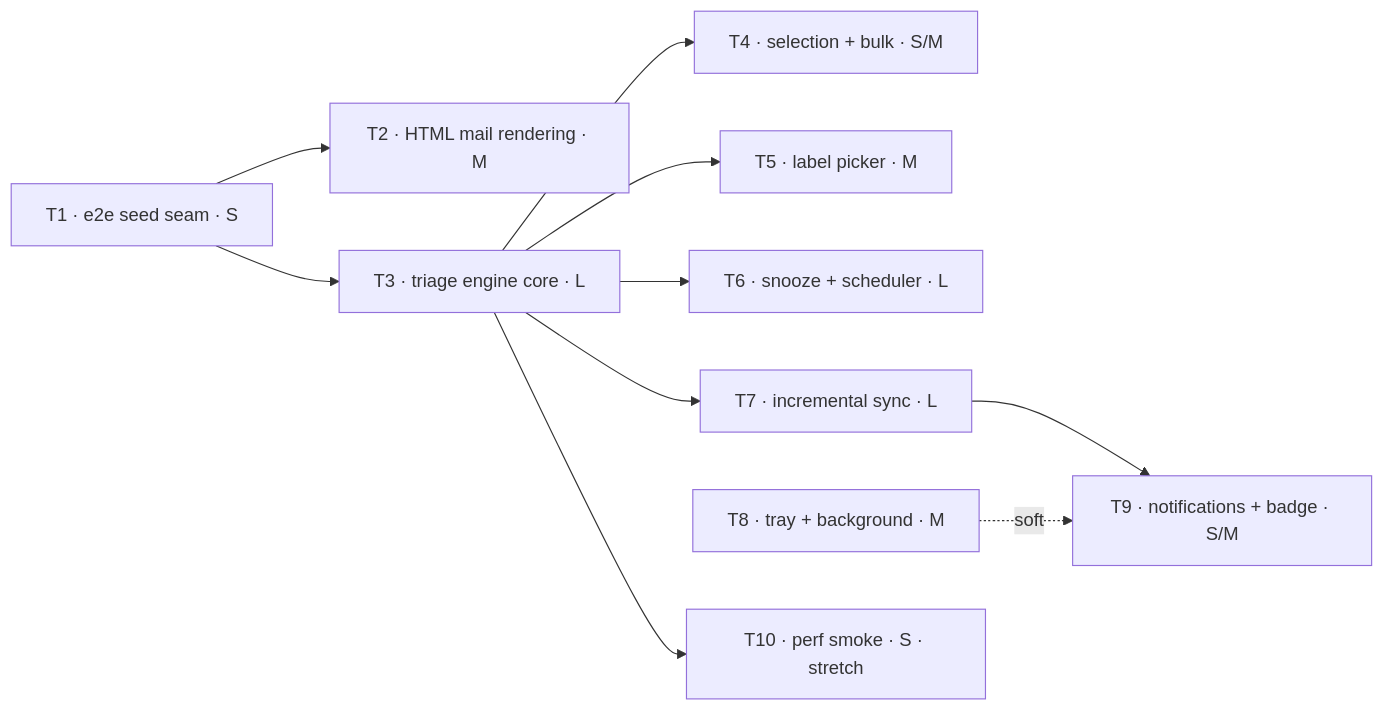
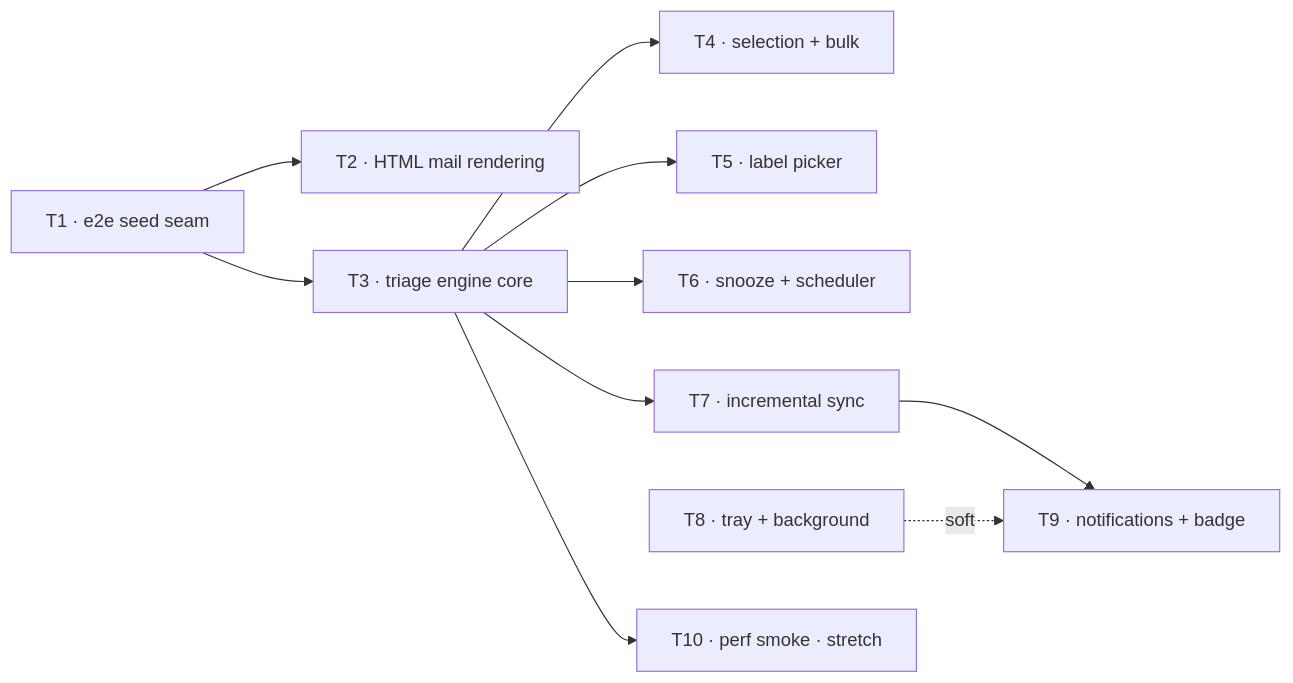
The diagram in docs/M1-PLAN.md (stephenw310/attn), drawn with Mermaid before and after one commit. The commit also changed other lines of this file, not shown here.

````diff
--- a/docs/M1-PLAN.md
+++ b/docs/M1-PLAN.md
@@ -31,23 +31,23 @@
 ```mermaid
 graph LR
-  T1[T1 · e2e seed seam · S]
-  T2[T2 · HTML mail rendering · M]
-  T3[T3 · triage engine core · L]
-  T4[T4 · selection + bulk · S/M]
-  T5[T5 · label picker · M]
-  T6[T6 · snooze + scheduler · L]
-  T7[T7 · incremental sync · L]
-  T8[T8 · tray + background · M]
-  T9[T9 · notifications + badge · S/M]
-  T10[T10 · perf smoke · S · stretch]
+  T1[T1 · e2e seed seam]
+  T2[T2 · HTML mail rendering]
+  T3[T3 · triage engine core]
+  T4[T4 · selection + bulk]
+  T5[T5 · label picker]
+  T6[T6 · snooze + scheduler]
+  T7[T7 · incremental sync]
+  T8[T8 · tray + background]
+  T9[T9 · notifications + badge]
+  T10[T10 · perf smoke · stretch]
 
   T1 --> T2
   T1 --> T3
   T3 --> T4
   T3 --> T5
   T3 --> T6
   T3 --> T7
   T7 --> T9
   T8 -.soft.-> T9
   T3 --> T10
 ```
````
